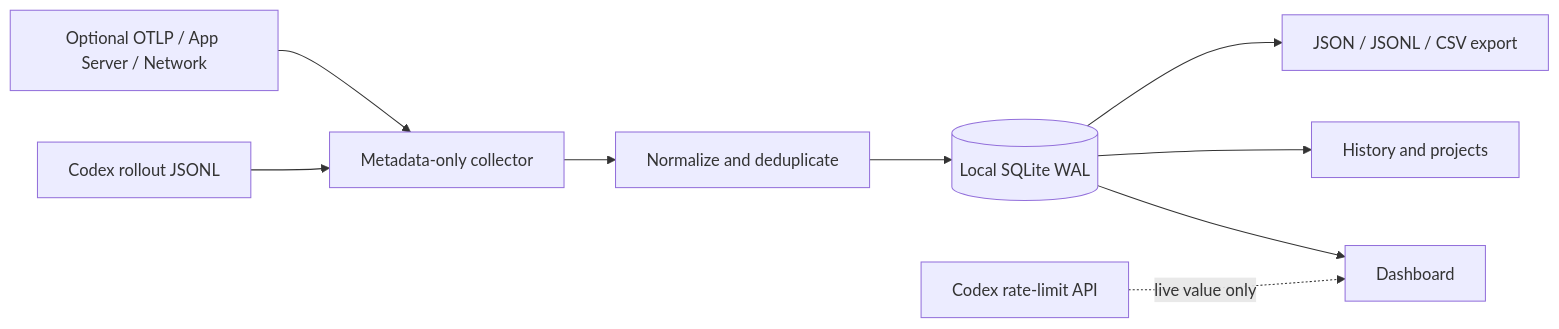
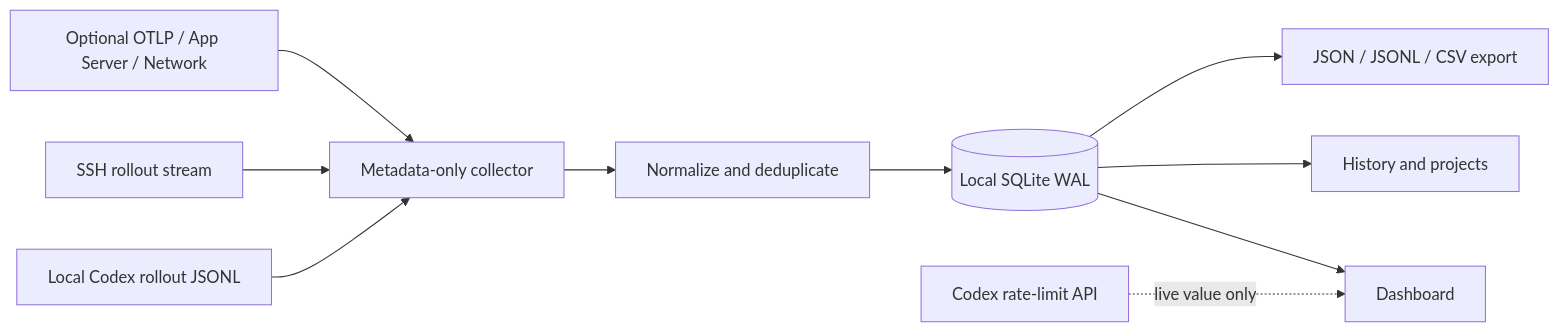
Before and after one commit to DelicateNorman/codex-meter: the diagram in README.md, drawn with Mermaid. The commit also changed other lines of this file and 16 other files, not shown here.

Commit message:
Aggregate Codex usage from SSH hosts

````diff
--- a/README.md
+++ b/README.md
@@ -181,11 +207,12 @@
 ```mermaid
 flowchart LR
-    A[Codex rollout JSONL] --> B[Metadata-only collector]
+    A[Local Codex rollout JSONL] --> B[Metadata-only collector]
+    R[SSH rollout stream] --> B
     C[Optional OTLP / App Server / Network] --> B
     B --> D[Normalize and deduplicate]
     D --> E[(Local SQLite WAL)]
     E --> F[Dashboard]
     E --> G[History and projects]
     E --> H[JSON / JSONL / CSV export]
     I[Codex rate-limit API] -. live value only .-> F
 ```
````
